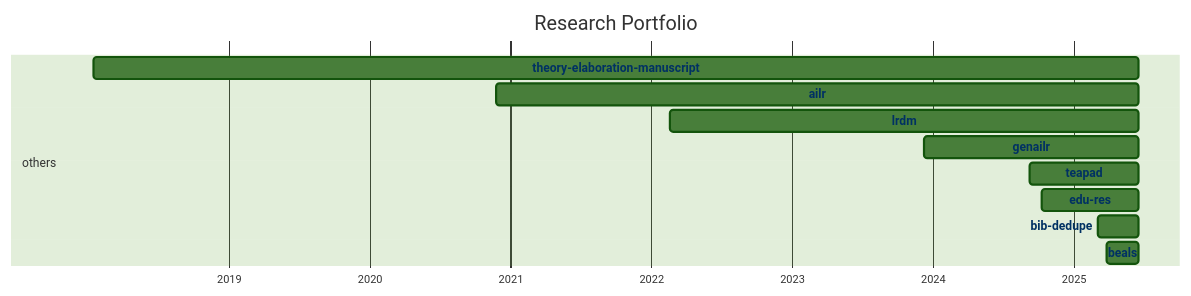
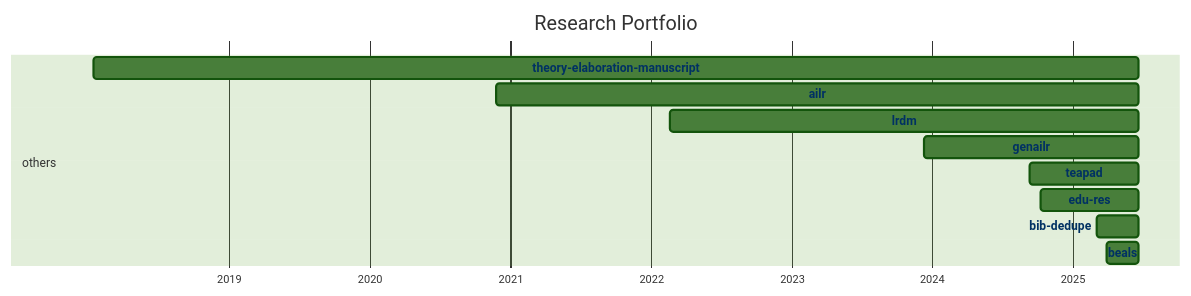
Before and after one commit to digital-work-lab/handbook: the diagram in docs/20-research/25-projects-gantt.md, drawn with Mermaid (forest theme).

Commit message:
Update repository overview

````diff
--- a/docs/20-research/25-projects-gantt.md
+++ b/docs/20-research/25-projects-gantt.md
@@ -8,35 +8,35 @@
 ```mermaid
 ---
 displayMode: compact
 ---
 gantt
 title Research Portfolio
 dateFormat YYYY-MM-DD
 axisFormat %Y
 
     section work_practices
 
     section distributed_organizing
 
     section knowledge_synthesis
 
     section others
-        beals :beals, 2025-03-28, 2025-06-19
-        bib-dedupe :bib-dedupe, 2025-03-04, 2025-06-19
-        edu-res :edu-res, 2024-10-10, 2025-06-19
-        teapad :teapad, 2024-09-10, 2025-06-19
-        genailr :genailr, 2023-12-10, 2025-06-19
-        lrdm :lrdm, 2022-02-20, 2025-06-19
-        ailr :ailr, 2020-11-26, 2025-06-19
-        theory-elaboration-manuscript :theory-elaboration-manuscript, 2018-01-15, 2025-06-19
+        beals :beals, 2025-03-28, 2025-06-20
+        bib-dedupe :bib-dedupe, 2025-03-04, 2025-06-20
+        edu-res :edu-res, 2024-10-10, 2025-06-20
+        teapad :teapad, 2024-09-10, 2025-06-20
+        genailr :genailr, 2023-12-10, 2025-06-20
+        lrdm :lrdm, 2022-02-20, 2025-06-20
+        ailr :ailr, 2020-11-26, 2025-06-20
+        theory-elaboration-manuscript :theory-elaboration-manuscript, 2018-01-15, 2025-06-20
 
 
     click beals href "{{ site.baseurl }}/docs/20-research/25-projects/_repos/beals"
     click bib-dedupe href "{{ site.baseurl }}/docs/20-research/25-projects/_repos/bib-dedupe"
     click edu-res href "{{ site.baseurl }}/docs/20-research/25-projects/_repos/edu-res"
     click teapad href "{{ site.baseurl }}/docs/20-research/25-projects/_repos/teapad"
     click genailr href "{{ site.baseurl }}/docs/20-research/25-projects/_repos/genailr"
     click lrdm href "{{ site.baseurl }}/docs/20-research/25-projects/_repos/lrdm"
     click ailr href "{{ site.baseurl }}/docs/20-research/25-projects/_repos/ailr"
     click theory-elaboration-manuscript href "{{ site.baseurl }}/docs/20-research/25-projects/_repos/theory-elaboration-manuscript"
 ```
````
